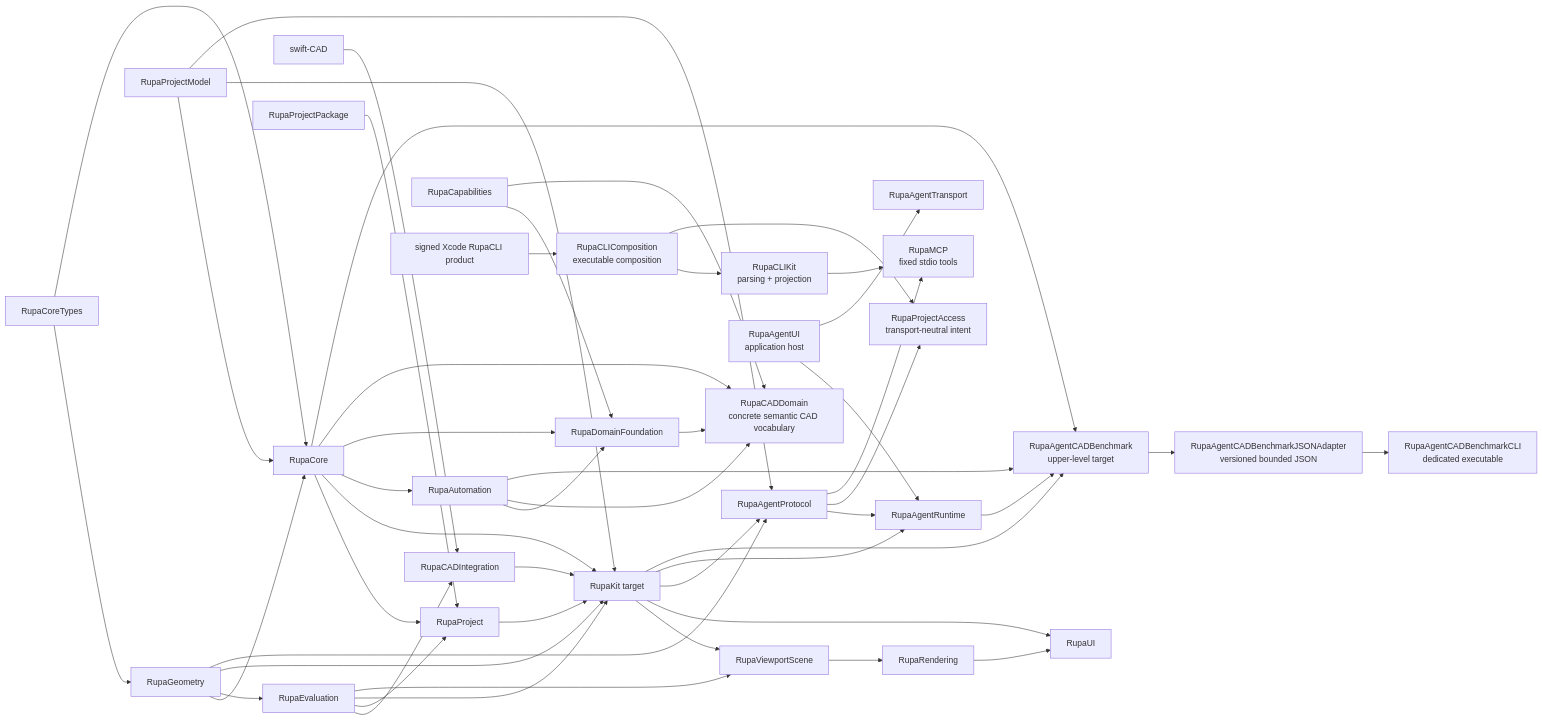
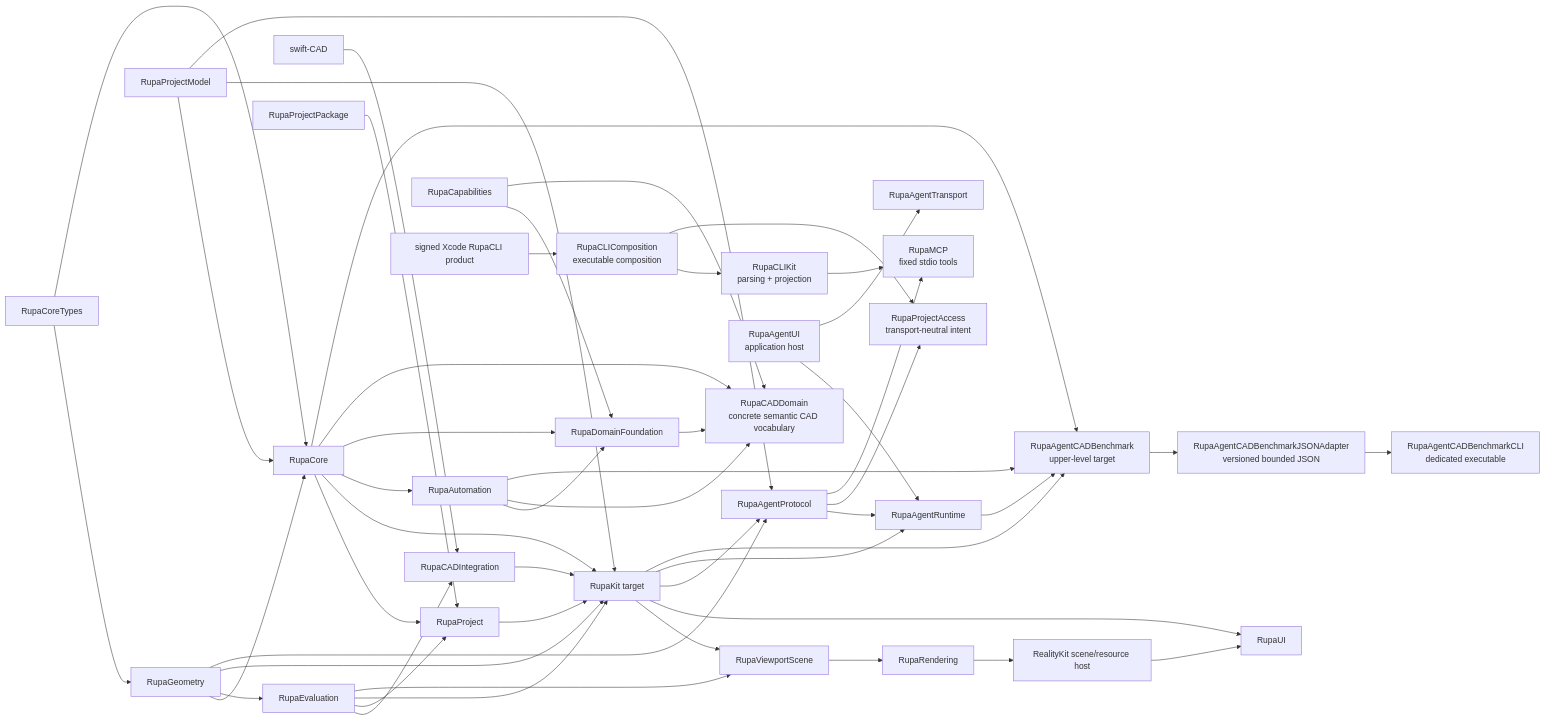
One commit to 1amageek/Rupa changed the first of 2 diagrams in RupaKit/DESIGN.md. Above: the diagram before and after it, drawn with Mermaid. The commit also changed other lines of this file and 76 other files, not shown here.

Commit message:
feat: render viewport surfaces with native RealityKit cameras

````diff
--- a/RupaKit/DESIGN.md
+++ b/RupaKit/DESIGN.md
@@ -94,51 +102,52 @@
 ```mermaid
 flowchart LR
     CoreTypes[RupaCoreTypes] --> Geometry[RupaGeometry]
     CoreTypes --> Core[RupaCore]
     Geometry --> Core
     ProjectModel[RupaProjectModel] --> Core
     SwiftCAD[swift-CAD] --> CADIntegration[RupaCADIntegration]
     Evaluation[RupaEvaluation] --> CADIntegration
     CADIntegration --> Kit
     Core --> Project[RupaProject]
     Evaluation --> Project
     Package[RupaProjectPackage] --> Project
     Geometry --> Evaluation
     Project --> Kit[RupaKit target]
     Core --> Kit
     Geometry --> Kit
     ProjectModel --> Kit
     Evaluation --> Kit
     Evaluation --> ViewportScene[RupaViewportScene]
     Kit --> ViewportScene
     ViewportScene --> Rendering[RupaRendering]
-    Rendering --> UI
+    Rendering --> RealityViewport["RealityKit scene/resource host"]
+    RealityViewport --> UI
     Kit --> UI["RupaUI"]
     Kit --> AgentProtocol[RupaAgentProtocol]
     Geometry --> AgentProtocol
     ProjectModel --> AgentProtocol
     Automation[RupaAutomation] --> DomainFoundation[RupaDomainFoundation]
     Core --> Automation
     Core --> DomainFoundation
     Capabilities[RupaCapabilities] --> DomainFoundation
     DomainFoundation --> CADDomain["RupaCADDomain\nconcrete semantic CAD vocabulary"]
     Automation --> CADDomain
     Core --> CADDomain
     Capabilities --> CADDomain
     AgentProtocol --> AgentRuntime[RupaAgentRuntime]
     Kit --> AgentRuntime
     AgentUI[RupaAgentUI\napplication host] --> AgentRuntime
     AgentUI --> AgentTransport[RupaAgentTransport]
     AgentRuntime --> Benchmark["RupaAgentCADBenchmark\nupper-level target"]
     Core --> Benchmark
     Automation --> Benchmark
     Kit --> Benchmark
     Benchmark --> JSONAdapter["RupaAgentCADBenchmarkJSONAdapter\nversioned bounded JSON"]
     JSONAdapter --> BenchmarkCLI["RupaAgentCADBenchmarkCLI\ndedicated executable"]
     AgentProtocol --> Access["RupaProjectAccess\ntransport-neutral intent"]
     AgentProtocol --> MCP["RupaMCP\nfixed stdio tools"]
     CLIProduct["signed Xcode RupaCLI product"] --> CLIComposition["RupaCLIComposition\nexecutable composition"]
     CLIComposition --> CLIKit["RupaCLIKit\nparsing + projection"]
     CLIKit --> MCP
     CLIComposition --> Access
 ```
````
